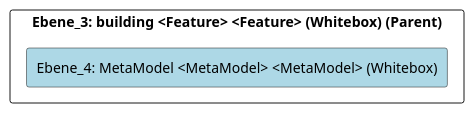
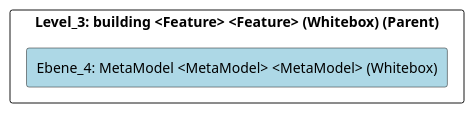
Before and after one commit to marcozwyssig/cleon: the diagram in doc/cleonproject_deliverables_architecture_model_architecture/adoc/de/05_bausteinsicht/cleon/common/building/metamodel/ebene_4_metamodel.adoc, drawn with PlantUML. The commit also changed other lines of this file and 169 other files, not shown here.

```diff
--- a/doc/cleonproject_deliverables_architecture_model_architecture/adoc/de/05_bausteinsicht/cleon/common/building/metamodel/ebene_4_metamodel.adoc
+++ b/doc/cleonproject_deliverables_architecture_model_architecture/adoc/de/05_bausteinsicht/cleon/common/building/metamodel/ebene_4_metamodel.adoc
@@ -20,24 +20,24 @@
 [plantuml, Ebene_4: MetaModel <MetaModel> <MetaModel> (Whitebox)BlockOverview, format="svg"]
 ----
 @startuml Ebene_4: MetaModel <MetaModel> <MetaModel> (Whitebox)BuildingBlockOverview
 
 skinparam ranksep 10
 skinparam componentStyle rectangle
 skinparam shadowing false
 skinparam arrowColor lightblue
 skinparam arrowThickness 1.2
 skinparam rectangle {
   BackgroundColor White
   BorderColor #333
   RoundCorner 10
 }
 top to bottom direction
 
-component "Ebene_3: building <Feature> <Feature> (Whitebox) (Parent)" {
+component "Level_3: building <Feature> <Feature> (Whitebox) (Parent)" {
     component "Ebene_4: MetaModel <MetaModel> <MetaModel> (Whitebox)" #lightblue {
     }
 
 }
 
 @enduml
 ----
```
